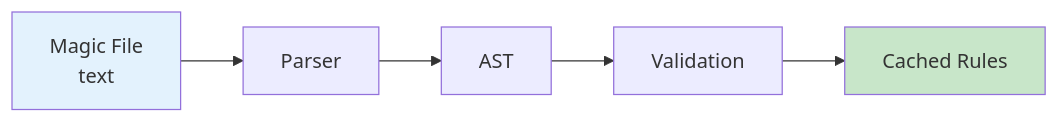
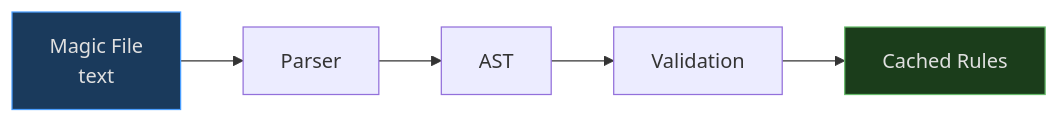
One commit to EvilBit-Labs/libmagic-rs changed the second of 5 diagrams in docs/src/architecture.md. Above: the diagram before and after it, drawn with Mermaid. The commit also changed other lines of this file and 2 other files, not shown here.

Commit message:
style(docs): update diagram styles for architecture and output sections

````diff
--- a/docs/src/architecture.md
+++ b/docs/src/architecture.md
@@ -184,10 +184,10 @@
 ```mermaid
 flowchart LR
     A[Magic File\ntext] --> B[Parser]
     B --> C[AST]
     C --> D[Validation]
     D --> E[Cached Rules]
 
-    style A fill:#e3f2fd
-    style E fill:#c8e6c9
+    style A fill:#1a3a5c,stroke:#4a9eff,color:#e0e0e0
+    style E fill:#1b3d1b,stroke:#66bb6a,color:#e0e0e0
 ```
````
